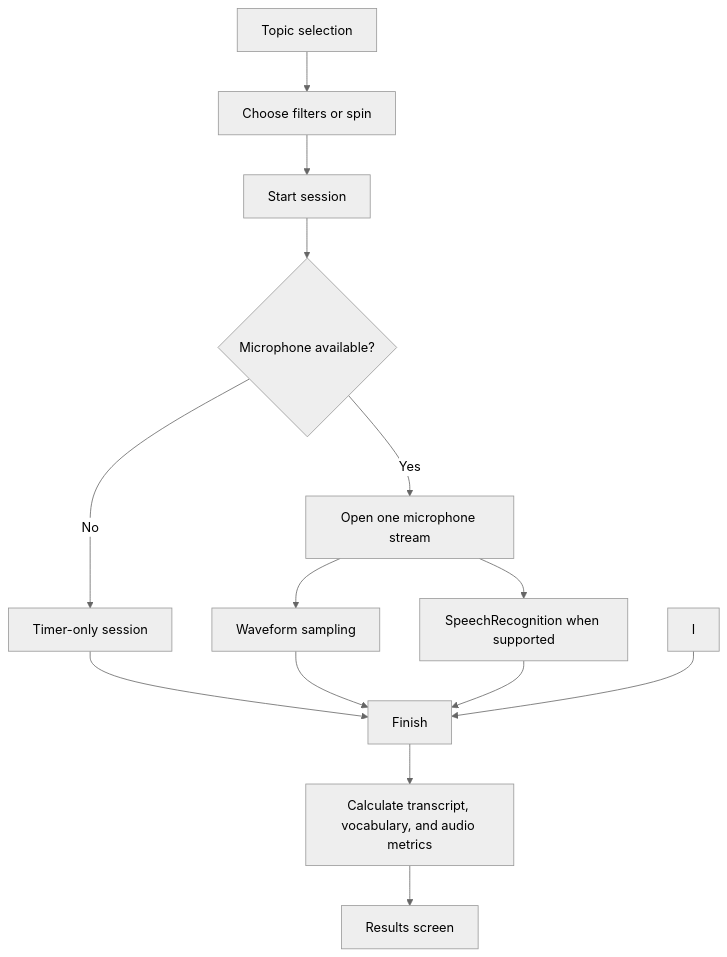
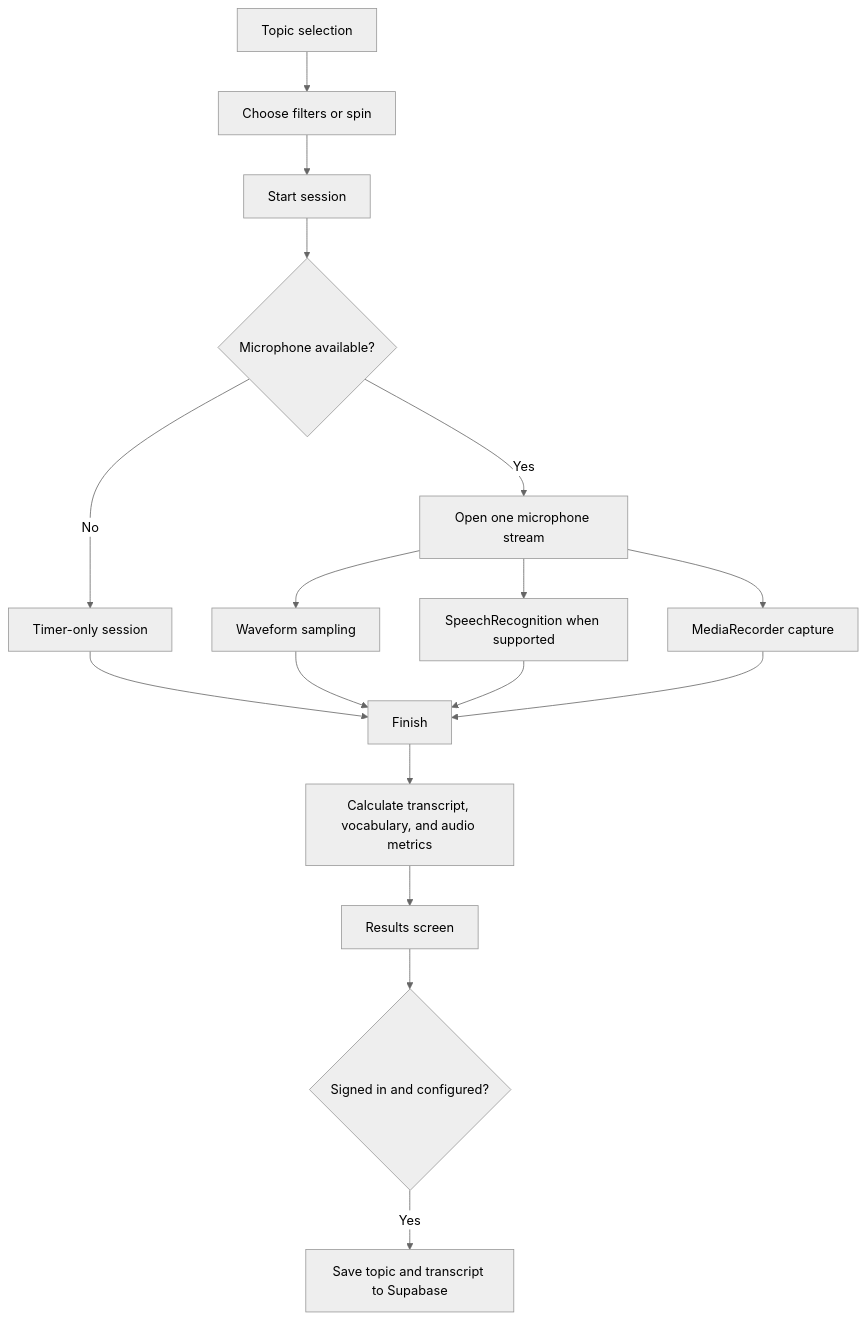
The diagram in PROJECT_GUIDE.md (pkpkp-pk/vocab), drawn with Mermaid (neutral theme) before and after one commit. The commit also changed other lines of this file and 27 other files, not shown here.

````diff
--- a/PROJECT_GUIDE.md
+++ b/PROJECT_GUIDE.md
@@ -74,16 +76,19 @@
 ```mermaid
 flowchart TD
     A[Topic selection] --> B[Choose filters or spin]
     B --> C[Start session]
     C --> D{Microphone available?}
     D -- Yes --> E[Open one microphone stream]
     D -- No --> F[Timer-only session]
     E --> G[Waveform sampling]
     E --> H[SpeechRecognition when supported]
+    E --> I[MediaRecorder capture]
     F --> J[Finish]
     G --> J
     H --> J
     I --> J
     J --> K[Calculate transcript, vocabulary, and audio metrics]
     K --> L[Results screen]
+    L --> M{Signed in and configured?}
+    M -- Yes --> N[Save topic and transcript to Supabase]
 ```
````
